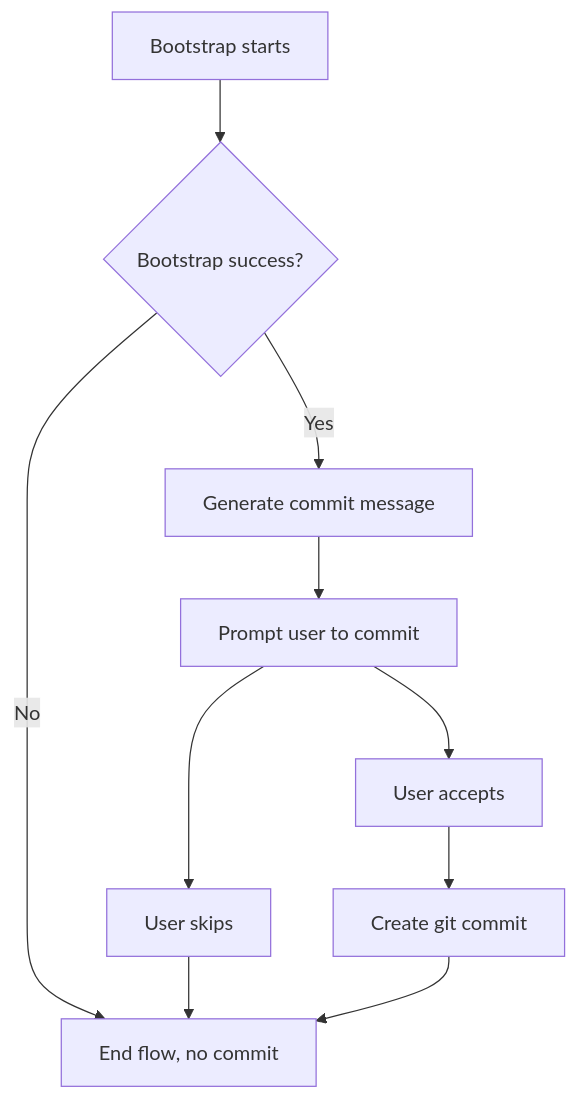
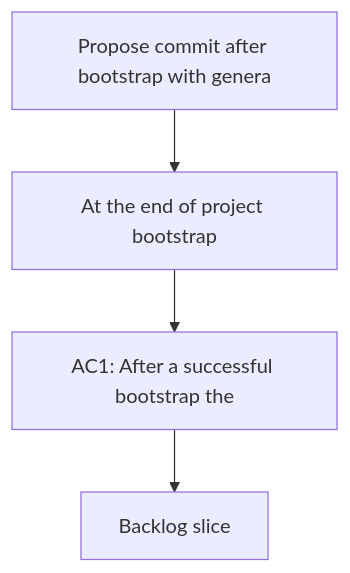
The diagram in logics/request/req_021_propose_commit_after_bootstrap_with_generated_message.md (AlexAgo83/logics-manager), drawn with Mermaid before and after one commit. The commit also changed 19 other files, not shown here.

````diff
--- a/logics/request/req_021_propose_commit_after_bootstrap_with_generated_message.md
+++ b/logics/request/req_021_propose_commit_after_bootstrap_with_generated_message.md
@@ -36,14 +36,8 @@
 ```mermaid
 %% logics-kind: request
 %% logics-signature: request|propose-commit-after-bootstrap-with-gene|at-the-end-of-project-bootstrap|ac1-after-a-successful-bootstrap-the
 flowchart TD
-    Bootstrap[Bootstrap starts] --> Success{Bootstrap success?}
-    Success -- No --> End[End flow, no commit]
-    Success -- Yes --> GenMsg[Generate commit message]
-    GenMsg --> Prompt[Prompt user to commit]
-    Prompt --> Accept[User accepts]
-    Prompt --> Skip[User skips]
-    Accept --> Commit[Create git commit]
-    Skip --> End
-    Commit --> End
+    Trigger[Propose commit after bootstrap with genera] --> Need[At the end of project bootstrap]
+    Need --> Outcome[AC1: After a successful bootstrap the]
+    Outcome --> Backlog[Backlog slice]
 ```
````
